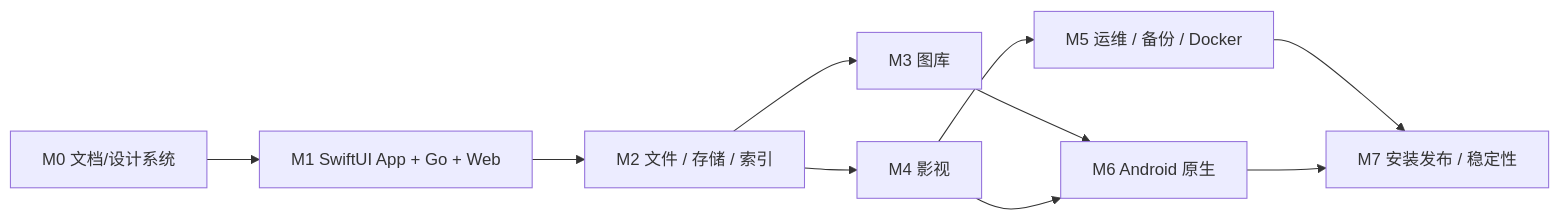
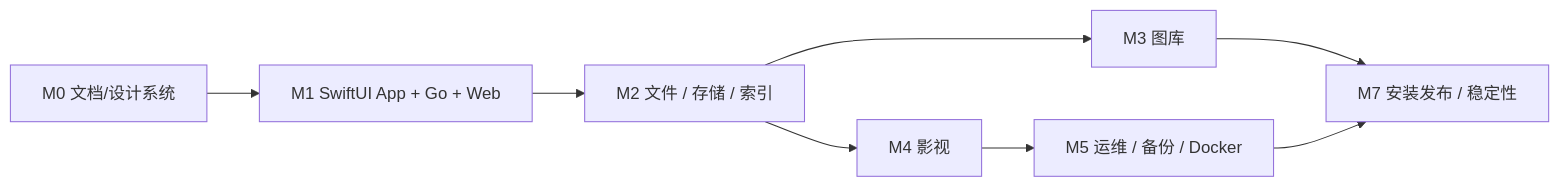
Before and after one commit to lengsukq/LightIsle: the diagram in docs/ROADMAP.md, drawn with Mermaid. The commit also changed other lines of this file and 20 other files, not shown here.

````diff
--- a/docs/ROADMAP.md
+++ b/docs/ROADMAP.md
@@ -13,12 +19,10 @@
 ```mermaid
 flowchart LR
     M0[M0 文档/设计系统] --> M1[M1 SwiftUI App + Go + Web]
     M1 --> M2[M2 文件 / 存储 / 索引]
     M2 --> M3[M3 图库]
     M2 --> M4[M4 影视]
     M4 --> M5[M5 运维 / 备份 / Docker]
-    M3 --> M6[M6 Android 原生]
-    M4 --> M6
+    M3 --> M7[M7 安装发布 / 稳定性]
     M5 --> M7[M7 安装发布 / 稳定性]
-    M6 --> M7
 ```
````
